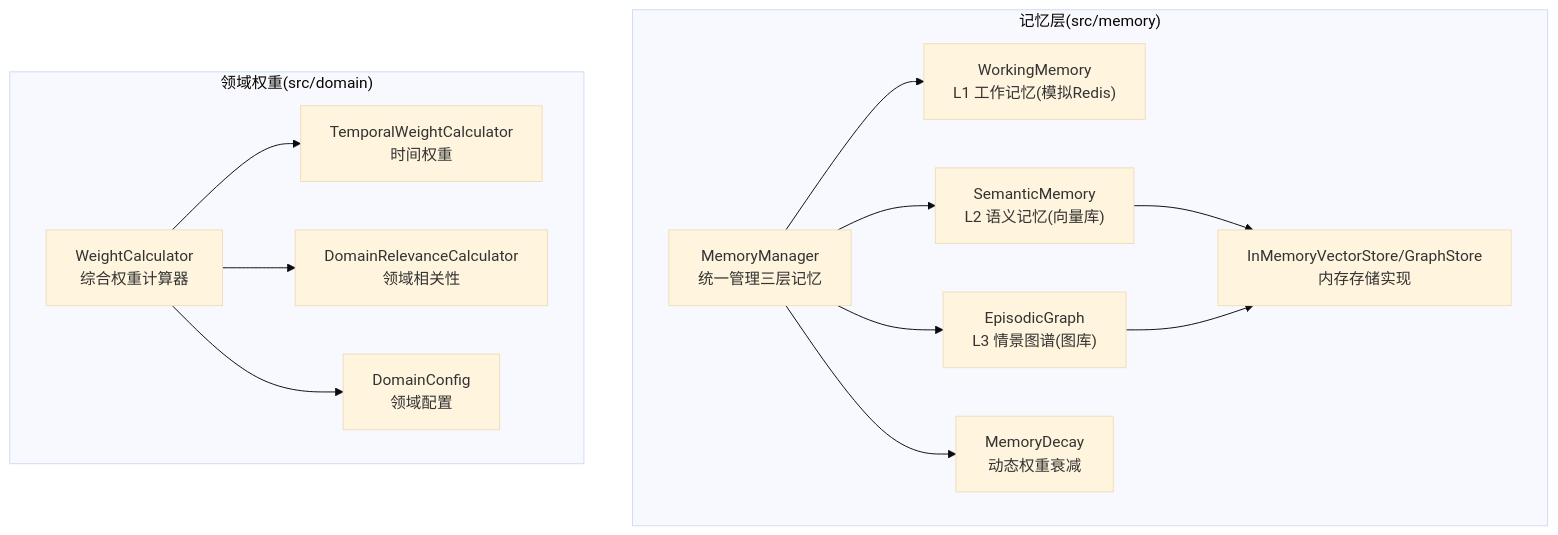
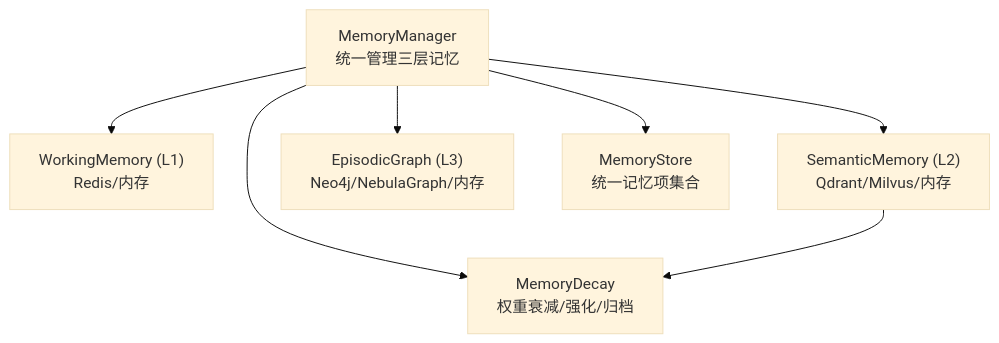
The first of 10 diagrams in .qoder/repowiki/zh/content/记忆管理层/记忆管理层.md (JieGaoPrinceton/NecoRAG), drawn with Mermaid (base theme) before and after one commit. The commit also changed other lines of this file and 181 other files, not shown here.

````diff
--- a/.qoder/repowiki/zh/content/记忆管理层/记忆管理层.md
+++ b/.qoder/repowiki/zh/content/记忆管理层/记忆管理层.md
@@ -39,26 +47,9 @@
 ```mermaid
 graph TB
-subgraph "记忆层(src/memory)"
-MM["MemoryManager<br/>统一管理三层记忆"]
-WM["WorkingMemory<br/>L1 工作记忆(模拟Redis)"]
-SM["SemanticMemory<br/>L2 语义记忆(向量库)"]
-EG["EpisodicGraph<br/>L3 情景图谱(图库)"]
-DEC["MemoryDecay<br/>动态权重衰减"]
-MS["InMemoryVectorStore/GraphStore<br/>内存存储实现"]
-end
-subgraph "领域权重(src/domain)"
-WCT["WeightCalculator<br/>综合权重计算器"]
-TWC["TemporalWeightCalculator<br/>时间权重"]
-DRC["DomainRelevanceCalculator<br/>领域相关性"]
-DCFG["DomainConfig<br/>领域配置"]
-end
-MM --> WM
-MM --> SM
-MM --> EG
-MM --> DEC
-SM --> MS
-EG --> MS
-WCT --> TWC
-WCT --> DRC
-WCT --> DCFG
+MM["MemoryManager<br/>统一管理三层记忆"] --> WM["WorkingMemory (L1)<br/>Redis/内存"]
+MM --> SM["SemanticMemory (L2)<br/>Qdrant/Milvus/内存"]
+MM --> EG["EpisodicGraph (L3)<br/>Neo4j/NebulaGraph/内存"]
+MM --> DEC["MemoryDecay<br/>权重衰减/强化/归档"]
+SM --> DEC
+MM --> MS["MemoryStore<br/>统一记忆项集合"]
 ```
````
